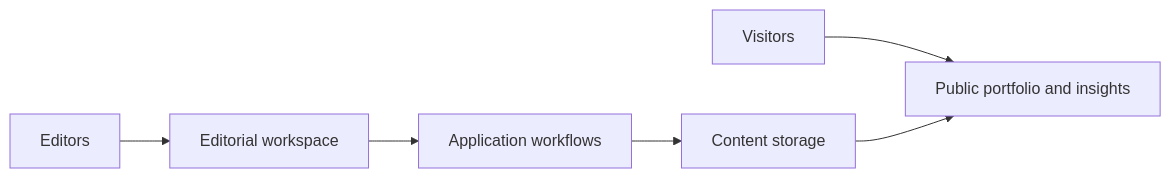
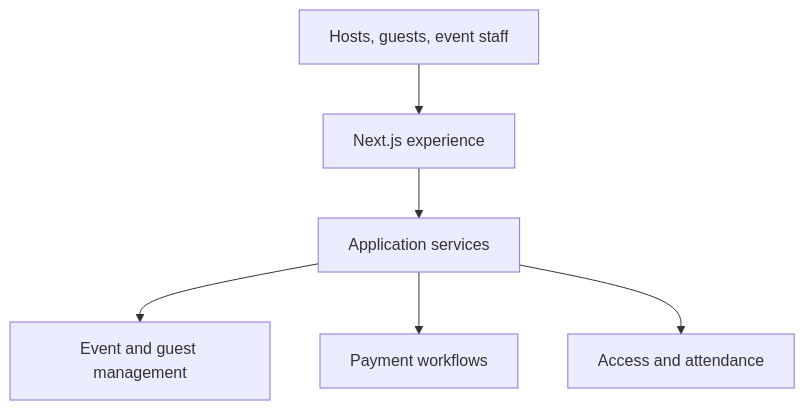
Before and after one commit to Abi0l9/Abi0l9: the second of 3 diagrams in portfolio/architecture/README.md, drawn with Mermaid. The commit also changed other lines of this file, not shown here.

Commit message:
docs(architecture): prioritize three flagship engineering system diagrams

````diff
--- a/portfolio/architecture/README.md
+++ b/portfolio/architecture/README.md
@@ -27,8 +27,8 @@
 ```mermaid
-flowchart LR
-  V["Visitors"] --> P["Public portfolio and insights"]
-  E["Editors"] --> W["Editorial workspace"]
-  W --> S["Application workflows"]
-  S --> C["Content storage"]
-  C --> P
+flowchart TB
+  Users["Hosts, guests, event staff"] --> Web["Next.js experience"]
+  Web --> API["Application services"]
+  API --> Events["Event and guest management"]
+  API --> Payments["Payment workflows"]
+  API --> Access["Access and attendance"]
 ```
````
